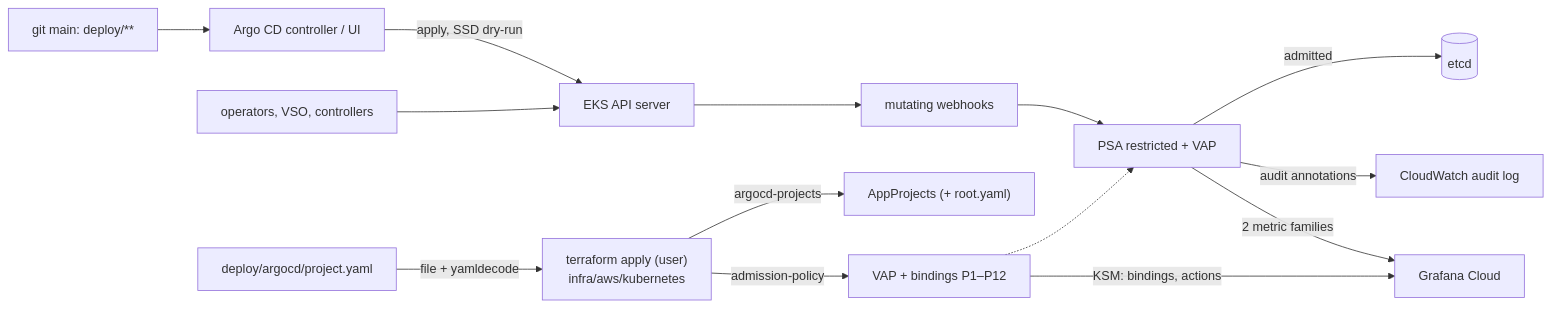
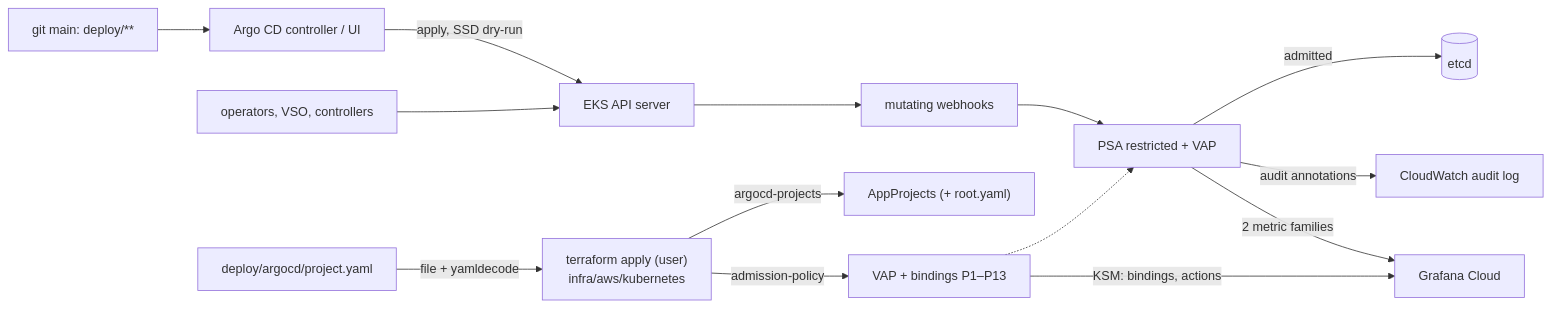
One commit to timkrebs/ryft-platform changed the diagram in docs/work/2026-10-23-admission/design.md. Above: the diagram before and after it, drawn with Mermaid. The commit also changed other lines of this file and 9 other files, not shown here.

````diff
--- a/docs/work/2026-10-23-admission/design.md
+++ b/docs/work/2026-10-23-admission/design.md
@@ -287,15 +287,15 @@
 ```mermaid
 flowchart LR
-  TF["terraform apply (user)<br/>infra/aws/kubernetes"] -->|admission-policy| POL["VAP + bindings P1–P12"]
+  TF["terraform apply (user)<br/>infra/aws/kubernetes"] -->|admission-policy| POL["VAP + bindings P1–P13"]
   TF -->|argocd-projects| PRJ["AppProjects (+ root.yaml)"]
   PF["deploy/argocd/project.yaml"] -->|file + yamldecode| TF
   GIT["git main: deploy/**"] --> ARGO["Argo CD controller / UI"]
   ARGO -->|apply, SSD dry-run| API["EKS API server"]
   CTRL["operators, VSO, controllers"] --> API
   API --> MUT["mutating webhooks"] --> VAL["PSA restricted + VAP"]
   POL -.-> VAL
   VAL -->|admitted| ETCD[("etcd")]
   VAL -->|audit annotations| CW["CloudWatch audit log"]
   VAL -->|2 metric families| GC["Grafana Cloud"]
   POL -->|KSM: bindings, actions| GC
 ```
````
